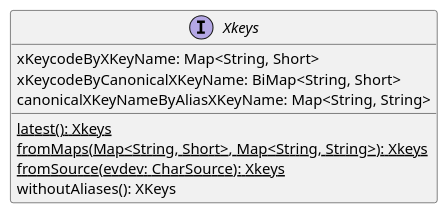
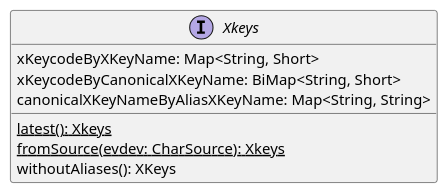
The diagram in XKeys.wsd (oliviercailloux/Keyboardd), drawn with PlantUML before and after one commit. The commit also changed 1 other file, not shown here.

```diff
--- a/XKeys.wsd
+++ b/XKeys.wsd
@@ -1,13 +1,12 @@
 @startuml XKeys
 
 interface "Xkeys" {
   {static} latest(): Xkeys
-  {static} fromMaps(Map<String, Short>, Map<String, String>): Xkeys
   {static} fromSource(evdev: CharSource): Xkeys
   xKeycodeByXKeyName: Map<String, Short>
   xKeycodeByCanonicalXKeyName: BiMap<String, Short>
   canonicalXKeyNameByAliasXKeyName: Map<String, String>
   withoutAliases(): XKeys
 }
 
 @enduml
```
